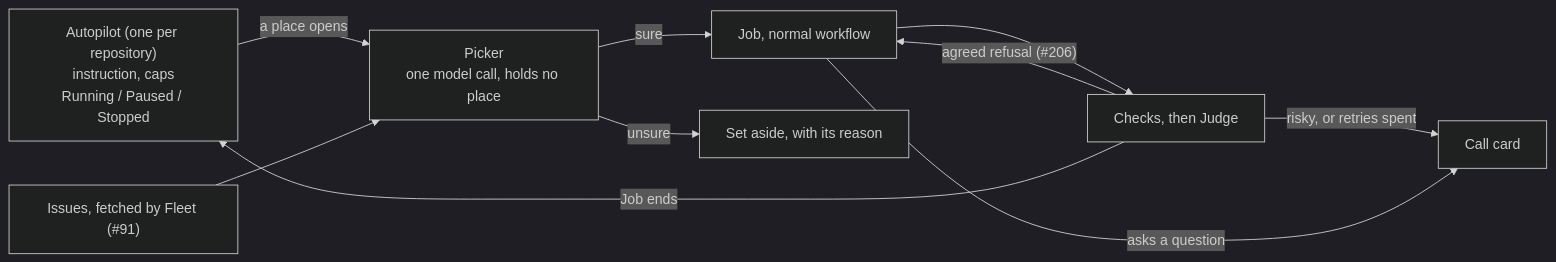
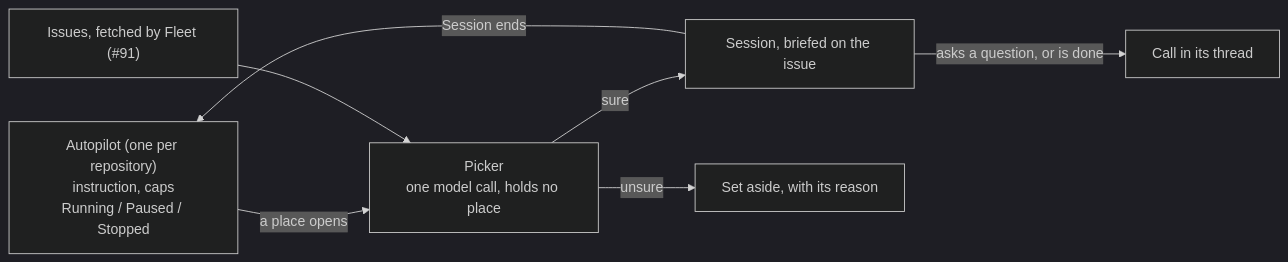
The diagram in docs/capabilities/autopilot.md (Mele-Labs/armada), drawn with Mermaid (dark theme) before and after one commit. The commit also changed other lines of this file and 7 other files, not shown here.

````diff
--- a/docs/capabilities/autopilot.md
+++ b/docs/capabilities/autopilot.md
@@ -18,12 +20,9 @@
 ```mermaid
 flowchart LR
   AP["Autopilot (one per repository)<br/>instruction, caps<br/>Running / Paused / Stopped"] -->|"a place opens"| PICK["Picker<br/>one model call, holds no place"]
   ISS["Issues, fetched by Fleet (#91)"] --> PICK
-  PICK -->|"sure"| JOB["Job, normal workflow"]
+  PICK -->|"sure"| SES["Session, briefed on the issue"]
   PICK -->|"unsure"| ASIDE["Set aside, with its reason"]
-  JOB --> GATE["Checks, then Judge"]
-  GATE -->|"agreed refusal (#206)"| JOB
-  GATE -->|"risky, or retries spent"| CARD["Call card"]
-  JOB -->|"asks a question"| CARD
-  GATE -->|"Job ends"| AP
+  SES -->|"asks a question, or is done"| CARD["Call in its thread"]
+  SES -->|"Session ends"| AP
 ```
````
